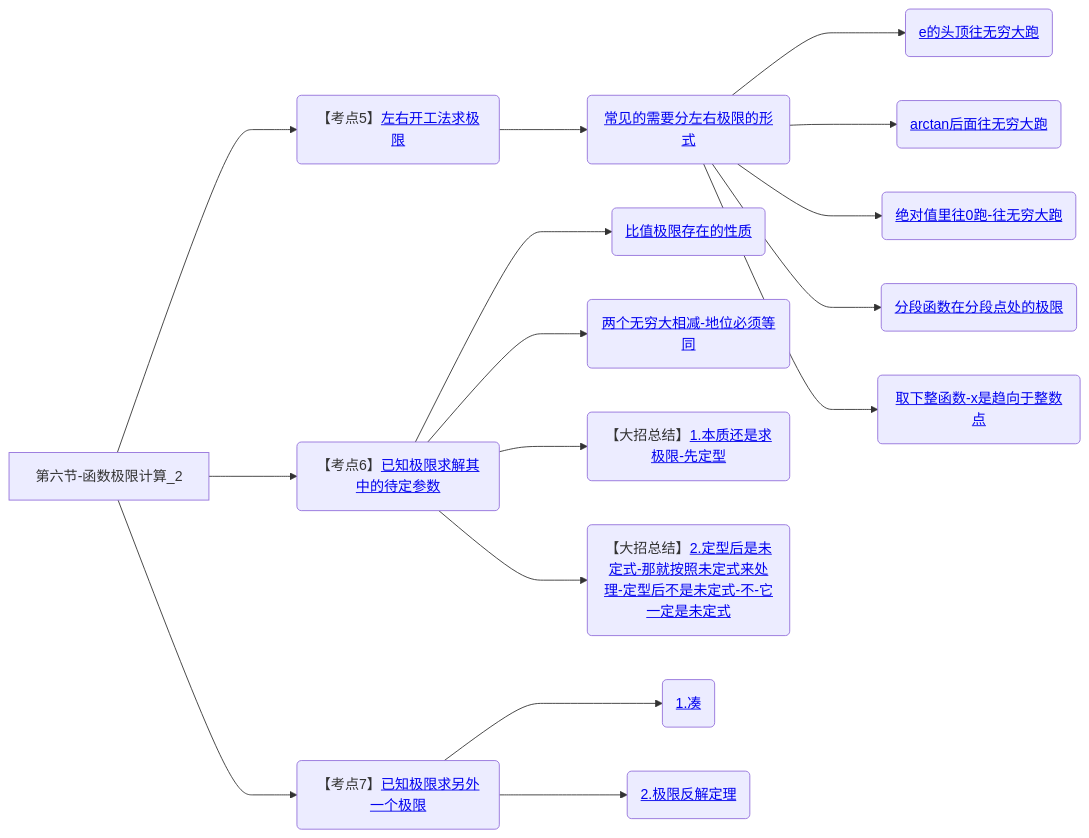
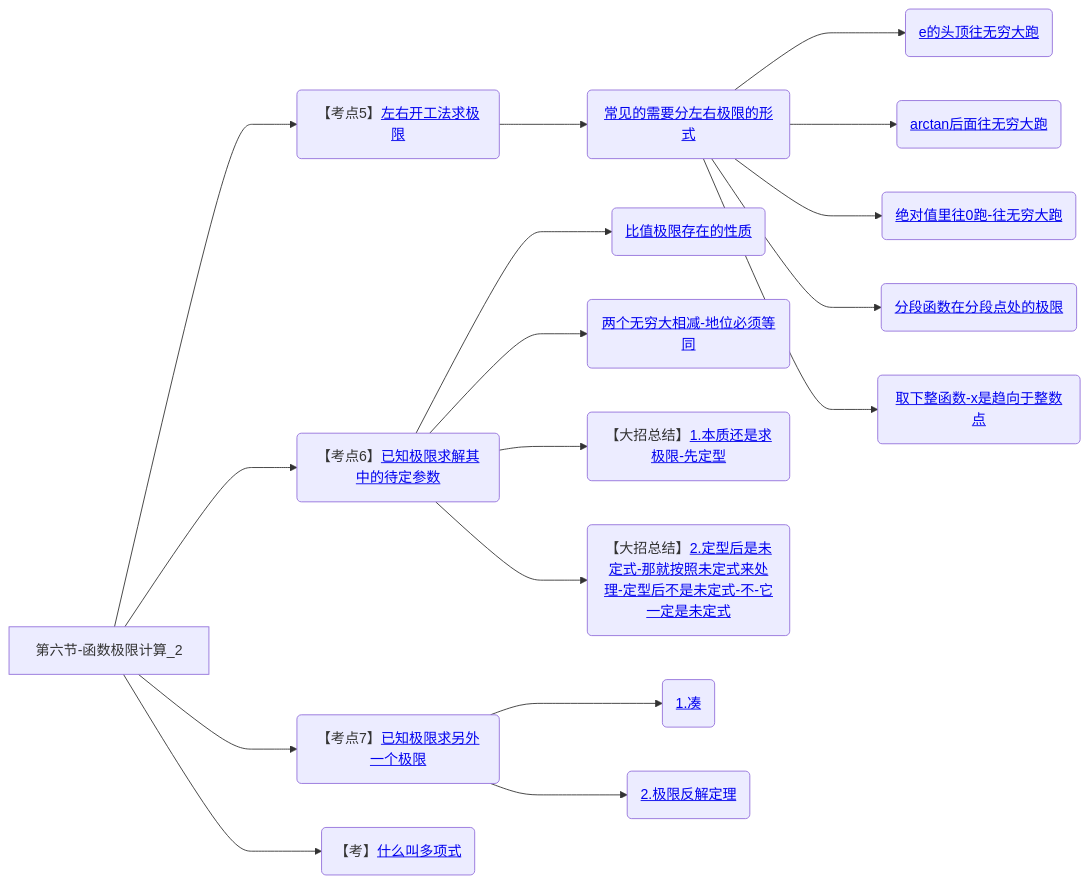
Before and after one commit to yuebinghui/note: the sixth of 6 diagrams in 笔记/数学/周洋鑫/01.基础班思维导图.md, drawn with Mermaid. The commit also changed 6 other files, not shown here.

````diff
--- a/笔记/数学/周洋鑫/01.基础班思维导图.md
+++ b/笔记/数学/周洋鑫/01.基础班思维导图.md
@@ -226,24 +226,26 @@
 ```mermaid
 graph LR
 第六节-函数极限计算_2
 
 第六节-函数极限计算_2--->左右开工法求极限(【考点5】<a href="/Users/yuebinghui/Documents/program/github/note/笔记/数学/周洋鑫/基础班/06.函数极限计算_2.md#左右开工法求极限">左右开工法求极限</>)
 左右开工法求极限--->常见的需要分左右极限的形式(<a href="/Users/yuebinghui/Documents/program/github/note/笔记/数学/周洋鑫/基础班/06.函数极限计算_2.md#常见的需要分左右极限的形式">常见的需要分左右极限的形式</>)
 常见的需要分左右极限的形式--->e的头顶往无穷大跑(<a href="/Users/yuebinghui/Documents/program/github/note/笔记/数学/周洋鑫/基础班/06.函数极限计算_2.md#e的头顶往无穷大跑">e的头顶往无穷大跑</>)
 常见的需要分左右极限的形式--->arctan后面往无穷大跑(<a href="/Users/yuebinghui/Documents/program/github/note/笔记/数学/周洋鑫/基础班/06.函数极限计算_2.md#arctan后面往无穷大跑">arctan后面往无穷大跑</>)
 常见的需要分左右极限的形式--->绝对值里往0跑(<a href="/Users/yuebinghui/Documents/program/github/note/笔记/数学/周洋鑫/基础班/06.函数极限计算_2.md#绝对值里往0跑">绝对值里往0跑-往无穷大跑</>)
 常见的需要分左右极限的形式--->分段函数在分段点处的极限(<a href="/Users/yuebinghui/Documents/program/github/note/笔记/数学/周洋鑫/基础班/06.函数极限计算_2.md#分段函数在分段点处的极限">分段函数在分段点处的极限</>)
 常见的需要分左右极限的形式--->取整函数(<a href="/Users/yuebinghui/Documents/program/github/note/笔记/数学/周洋鑫/基础班/06.函数极限计算_2.md#取整函数">取下整函数-x是趋向于整数点</>)
 
 第六节-函数极限计算_2--->已知极限求解其中的待定参数(【考点6】<a href="/Users/yuebinghui/Documents/program/github/note/笔记/数学/周洋鑫/基础班/06.函数极限计算_2.md#已知极限求解其中的待定参数">已知极限求解其中的待定参数</>)
 已知极限求解其中的待定参数--->比值极限存在的性质(<a href="/Users/yuebinghui/Documents/program/github/note/笔记/数学/周洋鑫/基础班/06.函数极限计算_2.md#比值极限存在的性质">比值极限存在的性质</>)
 已知极限求解其中的待定参数--->两个无穷大相减-地位必须等同(<a href="/Users/yuebinghui/Documents/program/github/note/笔记/数学/周洋鑫/基础班/06.函数极限计算_2.md#两个无穷大相减-地位必须等同">两个无穷大相减-地位必须等同</>)
 已知极限求解其中的待定参数--->1.本质还是求极限-先定型(【大招总结】<a href="/Users/yuebinghui/Documents/program/github/note/笔记/数学/周洋鑫/基础班/06.函数极限计算_2.md#1.本质还是求极限-先定型">1.本质还是求极限-先定型</>)
 已知极限求解其中的待定参数--->2.定型后是未定式-那就按照未定式来处理-定型后不是未定式-不-它一定是未定式(【大招总结】<a href="/Users/yuebinghui/Documents/program/github/note/笔记/数学/周洋鑫/基础班/06.函数极限计算_2.md#2.定型后是未定式-那就按照未定式来处理-定型后不是未定式-不-它一定是未定式">2.定型后是未定式-那就按照未定式来处理-定型后不是未定式-不-它一定是未定式</>)
 
 第六节-函数极限计算_2--->已知极限求另外一个极限(【考点7】<a href="/Users/yuebinghui/Documents/program/github/note/笔记/数学/周洋鑫/基础班/06.函数极限计算_2.md#已知极限求另外一个极限">已知极限求另外一个极限</>)
 已知极限求另外一个极限--->1.凑(<a href="/Users/yuebinghui/Documents/program/github/note/笔记/数学/周洋鑫/基础班/06.函数极限计算_2.md#1.凑">1.凑</>)
 已知极限求另外一个极限--->2.极限反解定理(<a href="/Users/yuebinghui/Documents/program/github/note/笔记/数学/周洋鑫/基础班/06.函数极限计算_2.md#2.极限反解定理">2.极限反解定理</>)
 
+第六节-函数极限计算_2--->什么叫多项式(【考】<a href="/Users/yuebinghui/Documents/program/github/note/笔记/数学/周洋鑫/基础班/06.函数极限计算_2.md#什么叫多项式">什么叫多项式</>)
+
 
 ```
````
